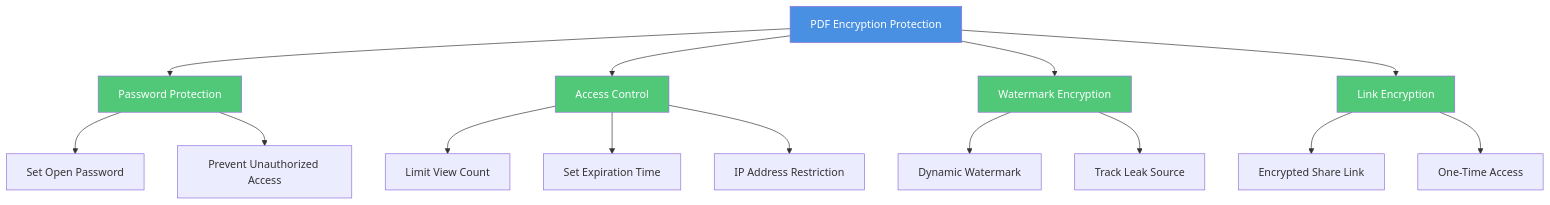
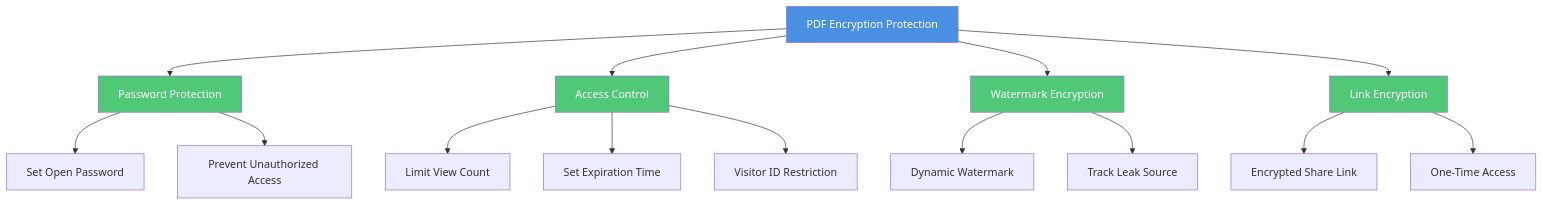
Before and after one commit to mythenigma/cloudflareAstro: the first of 5 diagrams in src/content/blog/en/pdf-encryption-prevent-forwarding-complete-guide.md, drawn with Mermaid. The commit also changed other lines of this file and 353 other files, not shown here.

````diff
--- a/src/content/blog/en/pdf-encryption-prevent-forwarding-complete-guide.md
+++ b/src/content/blog/en/pdf-encryption-prevent-forwarding-complete-guide.md
@@ -43,26 +43,26 @@
 ```mermaid
 flowchart TD
     A[PDF Encryption Protection] --> B[Password Protection]
     A --> C[Access Control]
     A --> D[Watermark Encryption]
     A --> E[Link Encryption]
     
     B --> B1[Set Open Password]
     B --> B2[Prevent Unauthorized Access]
     
     C --> C1[Limit View Count]
     C --> C2[Set Expiration Time]
-    C --> C3[IP Address Restriction]
+    C --> C3[Visitor ID Restriction]
     
     D --> D1[Dynamic Watermark]
     D --> D2[Track Leak Source]
     
     E --> E1[Encrypted Share Link]
     E --> E2[One-Time Access]
     
     style A fill:#4A90E2,color:#fff
     style B fill:#50C878,color:#fff
     style C fill:#50C878,color:#fff
     style D fill:#50C878,color:#fff
     style E fill:#50C878,color:#fff
 ```
````
